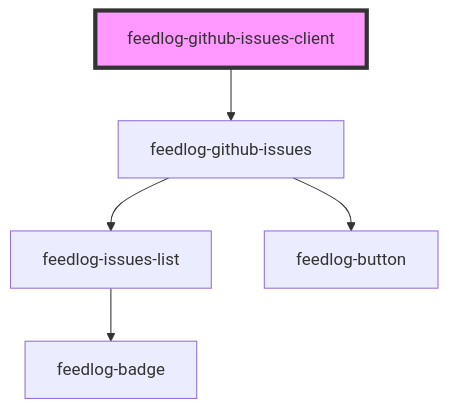
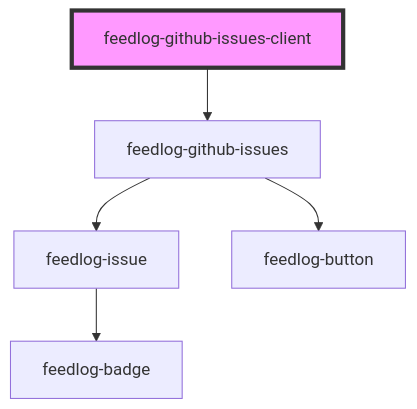
One commit to FeedlogAI/feedlog-toolkit changed the diagram in packages/webcomponents/src/components/feedlog-github-issues-client/readme.md. Above: the diagram before and after it, drawn with Mermaid. The commit also changed other lines of this file and 20 other files, not shown here.

First line of the commit message:
Refactor Feedlog components to replace FeedlogIssuesList with FeedlogIssue

````diff
--- a/packages/webcomponents/src/components/feedlog-github-issues-client/readme.md
+++ b/packages/webcomponents/src/components/feedlog-github-issues-client/readme.md
@@ -40,8 +42,8 @@
 ```mermaid
 graph TD;
   feedlog-github-issues-client --> feedlog-github-issues
-  feedlog-github-issues --> feedlog-issues-list
+  feedlog-github-issues --> feedlog-issue
   feedlog-github-issues --> feedlog-button
-  feedlog-issues-list --> feedlog-badge
+  feedlog-issue --> feedlog-badge
   style feedlog-github-issues-client fill:#f9f,stroke:#333,stroke-width:4px
 ```
````
